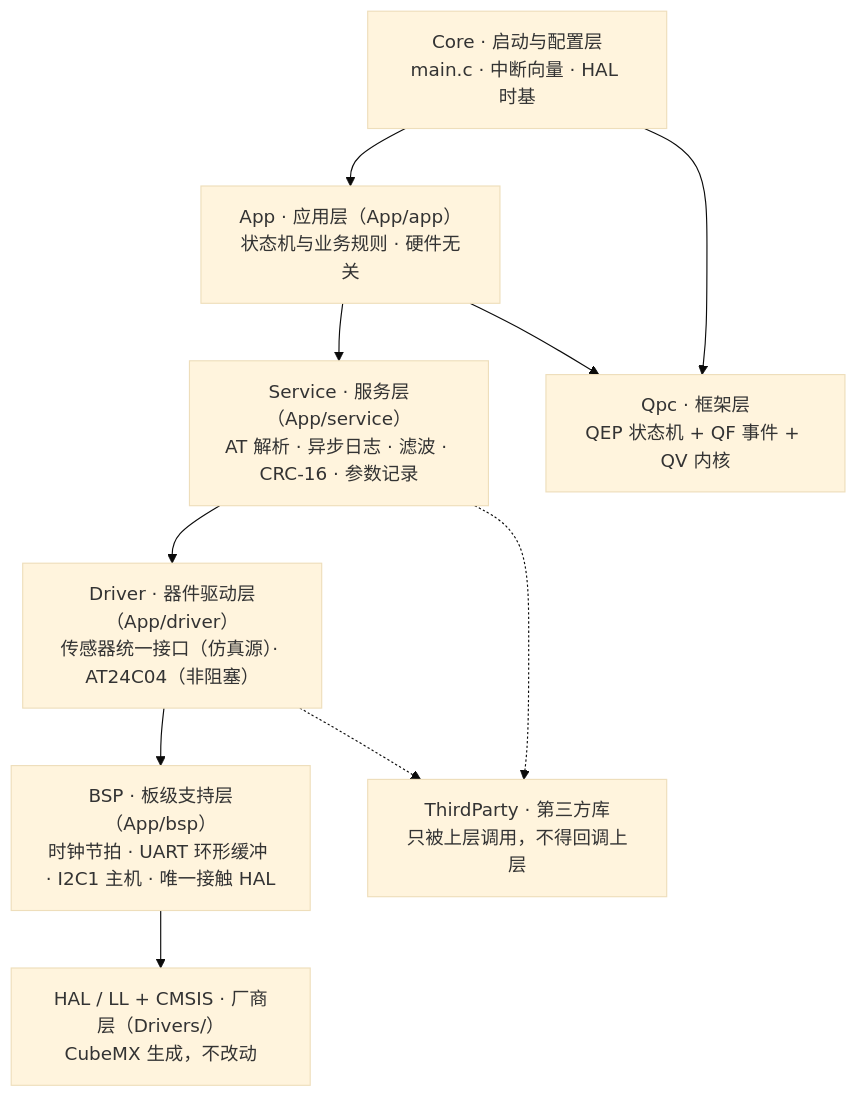
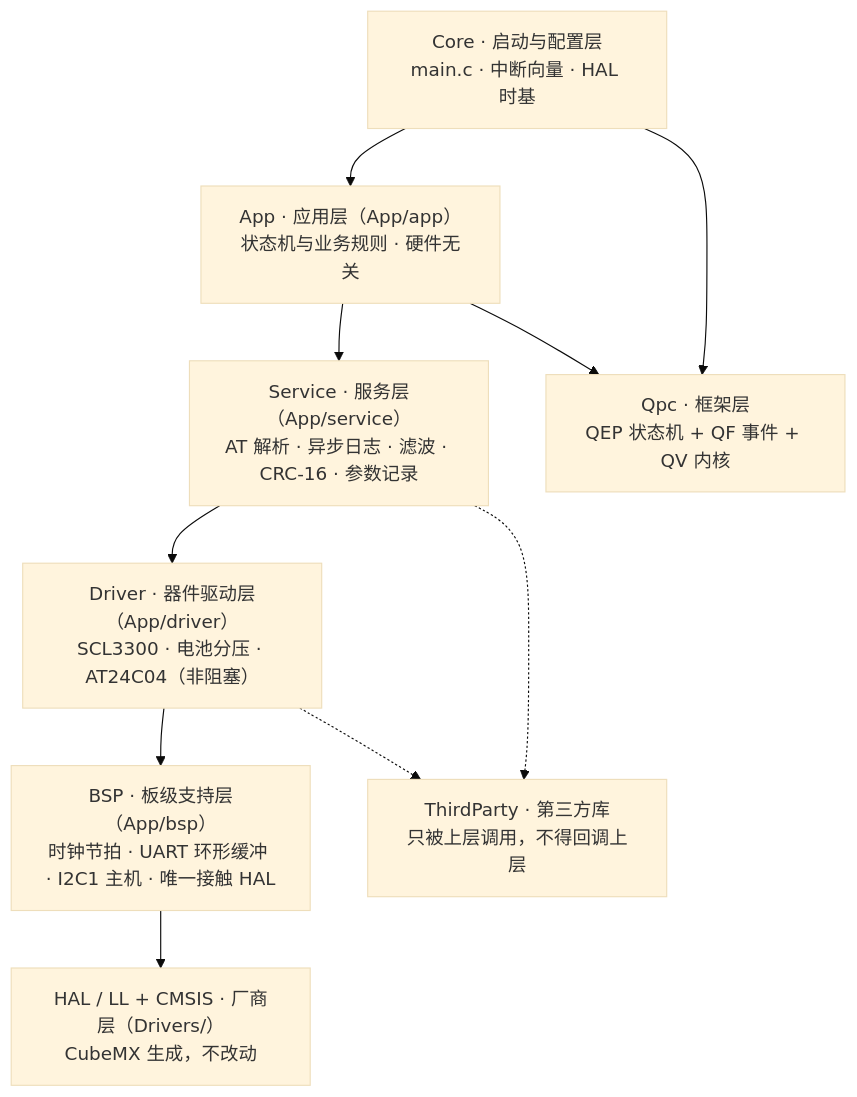
One commit to xxz-m/stm32-nede-fw changed the first of 3 diagrams in docs_sensor/02-程序框架.md. Above: the diagram before and after it, drawn with Mermaid (base theme). The commit also changed other lines of this file and 89 other files, not shown here.

````diff
--- a/docs_sensor/02-程序框架.md
+++ b/docs_sensor/02-程序框架.md
@@ -25,21 +31,21 @@
 ```mermaid
 graph TD
     APP["App · 应用层（App/app）<br/>状态机与业务规则 · 硬件无关"]
     SVC["Service · 服务层（App/service）<br/>AT 解析 · 异步日志 · 滤波 · CRC-16 · 参数记录"]
-    DRV["Driver · 器件驱动层（App/driver）<br/>传感器统一接口（仿真源）· AT24C04（非阻塞）"]
+    DRV["Driver · 器件驱动层（App/driver）<br/>SCL3300 · 电池分压 · AT24C04（非阻塞）"]
     BSPL["BSP · 板级支持层（App/bsp）<br/>时钟节拍 · UART 环形缓冲 · I2C1 主机 · 唯一接触 HAL"]
     HAL["HAL / LL + CMSIS · 厂商层（Drivers/）<br/>CubeMX 生成，不改动"]
     TP["ThirdParty · 第三方库<br/>只被上层调用，不得回调上层"]
     QPC["Qpc · 框架层<br/>QEP 状态机 + QF 事件 + QV 内核"]
     CORE["Core · 启动与配置层<br/>main.c · 中断向量 · HAL 时基"]
 
     APP --> SVC
     APP --> QPC
     SVC --> DRV
     SVC -.-> TP
     DRV --> BSPL
     DRV -.-> TP
     BSPL --> HAL
     CORE --> APP
     CORE --> QPC
 ```
````
